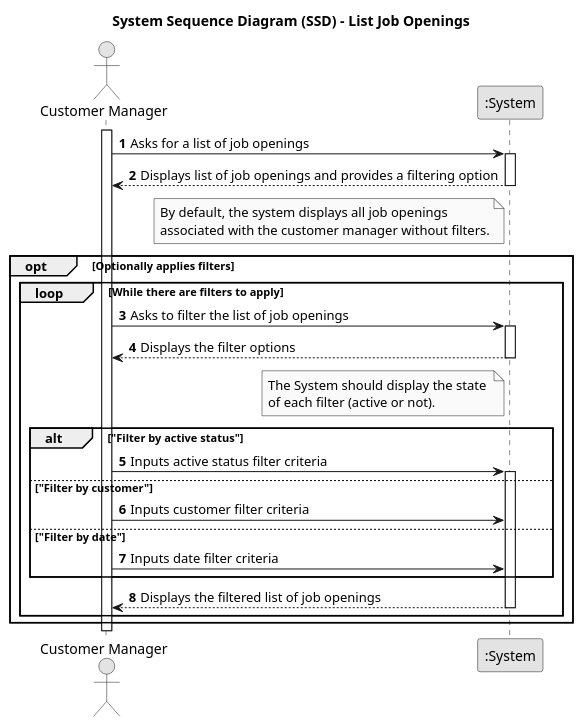
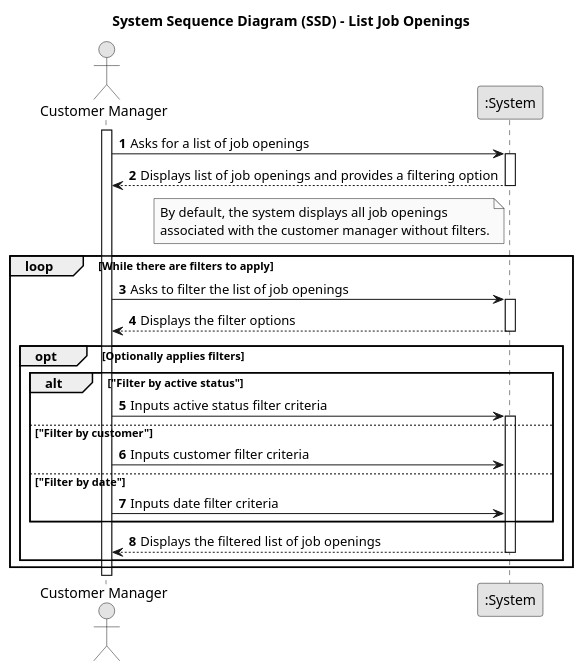
The diagram in docs/sprintb/us_1003/01.requirements-engineering/puml/SSD-US1003.puml (PureNimble/ISEP-LAPR4), drawn with PlantUML before and after one commit. The commit also changed 2 other files, not shown here.

```diff
--- a/docs/sprintb/us_1003/01.requirements-engineering/puml/SSD-US1003.puml
+++ b/docs/sprintb/us_1003/01.requirements-engineering/puml/SSD-US1003.puml
@@ -1,42 +1,41 @@
 @startuml SSD-US1003
 skinparam monochrome true
 skinparam packageStyle rectangle
 skinparam shadowing false
 
 title System Sequence Diagram (SSD) - List Job Openings
 
 autonumber
 
 actor "Customer Manager" as Manager
 participant ":System" as System
 
 activate Manager
 
 Manager -> System : Asks for a list of job openings
 activate System
     System --> Manager : Displays list of job openings and provides a filtering option
 deactivate System
 
 note left of System : By default, the system displays all job openings \nassociated with the customer manager without filters.
 
-opt Optionally applies filters
-    loop While there are filters to apply
-        Manager -> System : Asks to filter the list of job openings
-        activate System
-            System --> Manager : Displays the filter options
-        deactivate System
-        note left of System : The System should display the state \nof each filter (active or not).
+loop While there are filters to apply
+    Manager -> System : Asks to filter the list of job openings
+    activate System
+        System --> Manager : Displays the filter options
+    deactivate System
+    opt Optionally applies filters
         alt "Filter by active status"
             Manager -> System : Inputs active status filter criteria
             activate System
         else "Filter by customer"
             Manager -> System : Inputs customer filter criteria
         else "Filter by date"
             Manager -> System : Inputs date filter criteria
         end
         System --> Manager : Displays the filtered list of job openings
         deactivate System
     end    
 end
 
 @enduml
```
